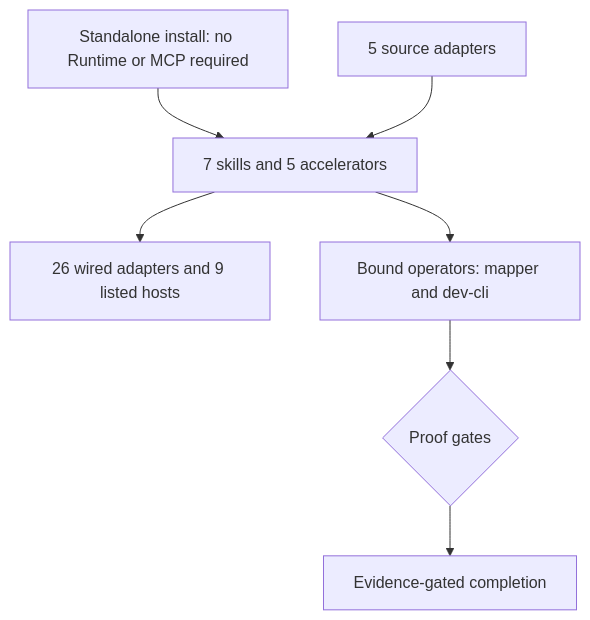
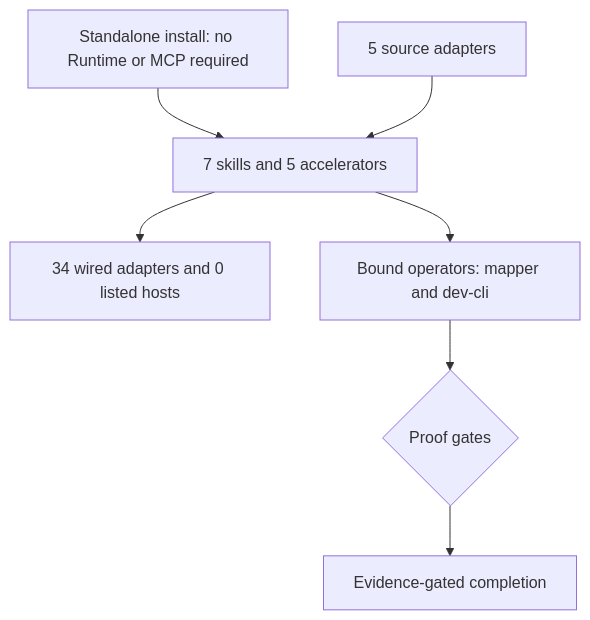
Diagram 12 of 16 in docs/GUIDE.md (simpletibr/simplicio-loop), drawn with Mermaid before and after one commit. The commit also changed other lines of this file and 91 other files, not shown here.

````diff
--- a/docs/GUIDE.md
+++ b/docs/GUIDE.md
@@ -455,9 +455,9 @@
 ```mermaid
 flowchart TB
   INSTALL["Standalone install: no Runtime or MCP required"] --> SKILLS["7 skills and 5 accelerators"]
   SRC["5 source adapters"] --> SKILLS
-  SKILLS --> RT["26 wired adapters and 9 listed hosts"]
+  SKILLS --> RT["34 wired adapters and 0 listed hosts"]
   SKILLS --> OPS["Bound operators: mapper and dev-cli"]
   OPS --> PROOF{"Proof gates"}
   PROOF --> OUT["Evidence-gated completion"]
 ```
````
